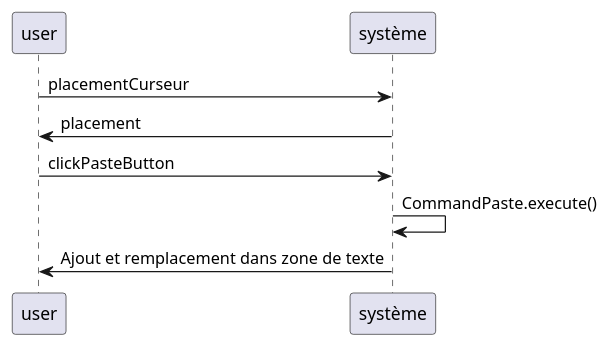
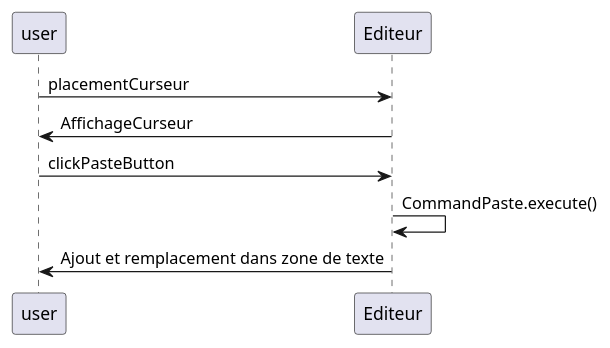
The fifth of 10 diagrams in Readme.md (kiurow590/ESIR2_OMD_Project_Editor), drawn with PlantUML before and after one commit. The commit also changed other lines of this file and 6 other files, not shown here.

Commit message:
Mise a jour du readme avec ajout de la V1 + image et correction des diagramme + ajout de la V2 avec diag mais en attente de rediscussion

````diff
--- a/Readme.md
+++ b/Readme.md
@@ -219,10 +225,10 @@
 ```plantuml
 @startuml
 'https://plantuml.com/sequence-diagram'
-user -> système: placementCurseur
-système -> user: placement
-user -> système: clickPasteButton
-système -> système: CommandPaste.execute()
-système -> user: Ajout et remplacement dans zone de texte
+user -> Editeur: placementCurseur
+Editeur -> user: AffichageCurseur
+user -> Editeur: clickPasteButton
+Editeur -> Editeur: CommandPaste.execute()
+Editeur -> user: Ajout et remplacement dans zone de texte
 @enduml
 ```
````
